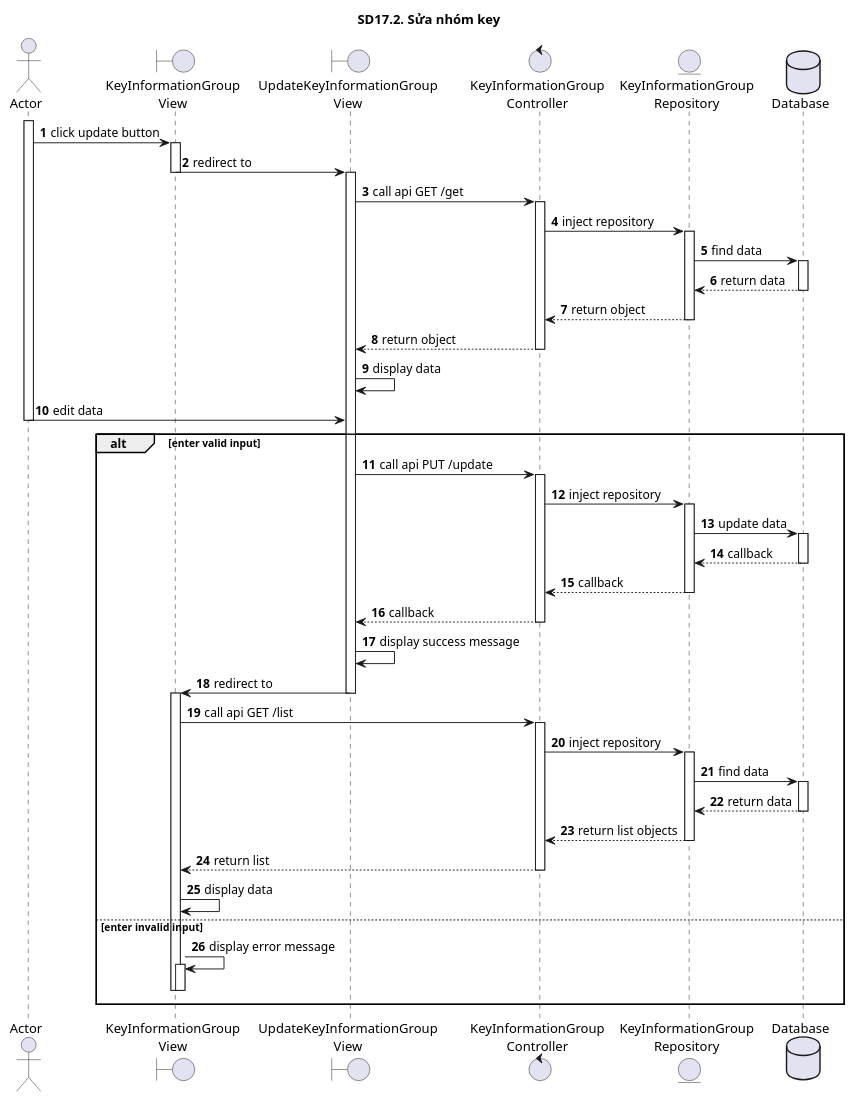
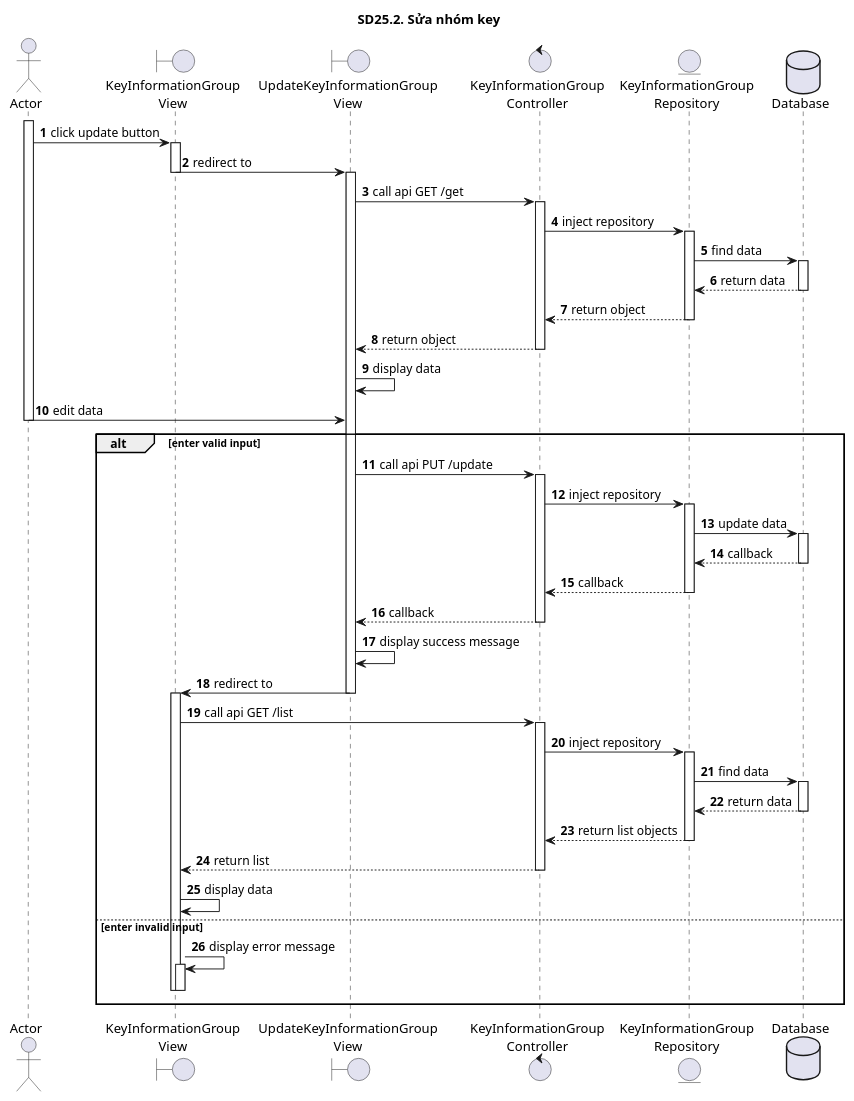
One commit to ITZ-Developers/Finance-UML changed the diagram in 25_QuanLyNhomKey/sd25.2.puml. Above: the diagram before and after it, drawn with PlantUML. The commit also changed 1 other file, not shown here.

```diff
--- a/25_QuanLyNhomKey/sd25.2.puml
+++ b/25_QuanLyNhomKey/sd25.2.puml
@@ -1,67 +1,67 @@
 @startuml SQ
 autonumber
-title SD17.2. Sửa nhóm key
+title SD25.2. Sửa nhóm key
 actor "Actor" as actor
 boundary "KeyInformationGroup\nView" as view
 boundary "UpdateKeyInformationGroup\nView" as create
 control "KeyInformationGroup\nController" as controller
 entity "KeyInformationGroup\nRepository" as model
 database "Database" as database
 activate actor
 actor -> view: click update button
 activate view
 view -> create: redirect to
 deactivate view
 activate create
 create -> controller: call api GET /get
 activate controller
 controller->model:inject repository
 activate model
 model -> database: find data
 activate database
 database --> model: return data
 deactivate database
 model --> controller: return object
 deactivate model
 controller --> create: return object
 deactivate controller
 create -> create: display data
 actor -> create: edit data
 deactivate actor
 alt enter valid input
 create -> controller: call api PUT /update
 activate controller
 controller -> model: inject repository
 activate model
 model -> database: update data
 activate database
 database --> model: callback
 deactivate database
 model --> controller: callback
 deactivate model
 controller --> create: callback
 deactivate controller
 create -> create: display success message
 create -> view: redirect to
 deactivate create
 activate  view
 view -> controller: call api GET /list
 activate controller
 controller -> model: inject repository
 activate model
 model -> database: find data
 activate database
 database --> model: return data
 deactivate database
 model --> controller: return list objects
 deactivate model
 controller --> view: return list
 deactivate controller
 view -> view: display data
 else enter invalid input
 view -> view: display error message
 activate view
 deactivate view
 deactivate view
 end
 @enduml
```
